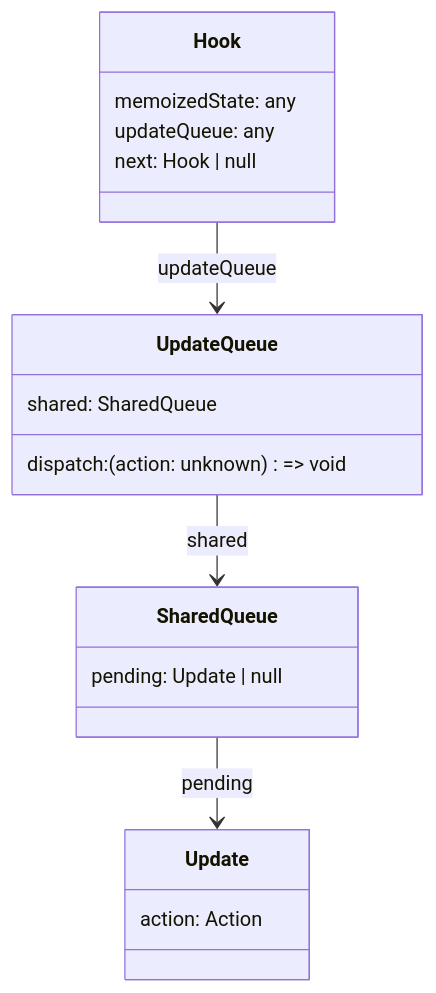
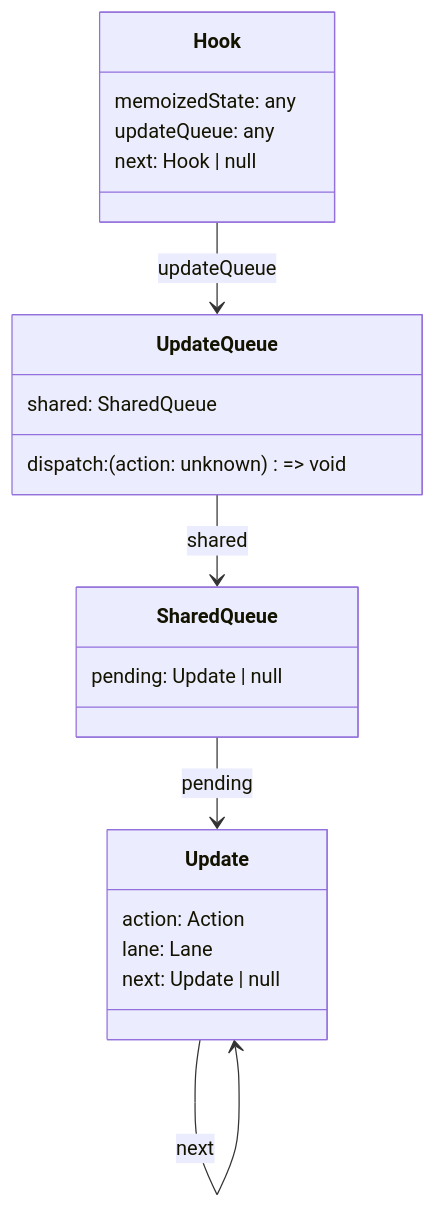
Before and after one commit to SecondDragon/big-react: the fourth of 8 diagrams in docs/useState运作流程全解.md, drawn with Mermaid. The commit also changed other lines of this file and 16 other files, not shown here.

````diff
--- a/docs/useState运作流程全解.md
+++ b/docs/useState运作流程全解.md
@@ -286,21 +304,24 @@
 ```mermaid
 classDiagram
     class Hook {
         memoizedState: any
         updateQueue: any
         next: Hook | null
     }
     class UpdateQueue {
         shared: SharedQueue
         dispatch: (action: unknown) => void
     }
     class SharedQueue {
         pending: Update | null
     }
     class Update {
         action: Action
+        lane: Lane
+        next: Update | null
     }
     Hook --> UpdateQueue : updateQueue
     UpdateQueue --> SharedQueue : shared
     SharedQueue --> Update : pending
+    Update --> Update : next
 ```
````
